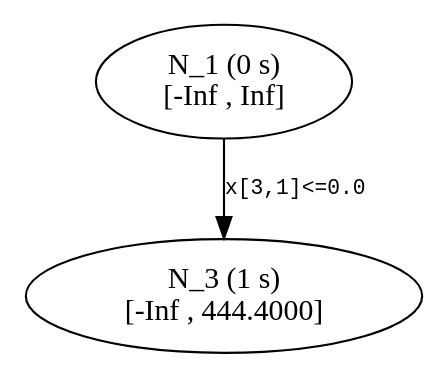
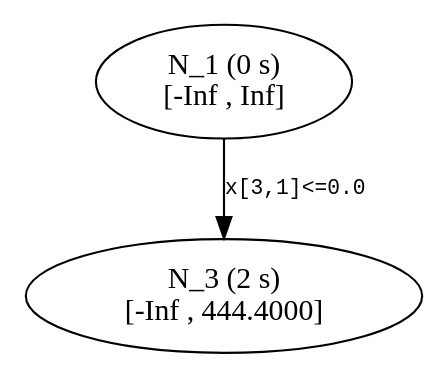
One commit to atoptima/Coluna.jl changed the diagram in dev/start/tree2.dot. Above: the diagram before and after it, drawn with Graphviz. The commit also changed 17 other files, not shown here.

```diff
--- a/dev/start/tree2.dot
+++ b/dev/start/tree2.dot
@@ -1,8 +1,8 @@
 ## dot -Tpdf thisfile > thisfile.pdf 
 
 digraph Branching_Tree {
 	edge[fontname = "Courier", fontsize = 10];
 	n1 [label= "N_1 (0 s) \n[-Inf , Inf]"];
-	n3 [label= "N_3 (1 s) \n[-Inf , 444.4000]"];
+	n3 [label= "N_3 (2 s) \n[-Inf , 444.4000]"];
 	n1 -> n3 [label= "x[3,1]<=0.0"];
 }
```
